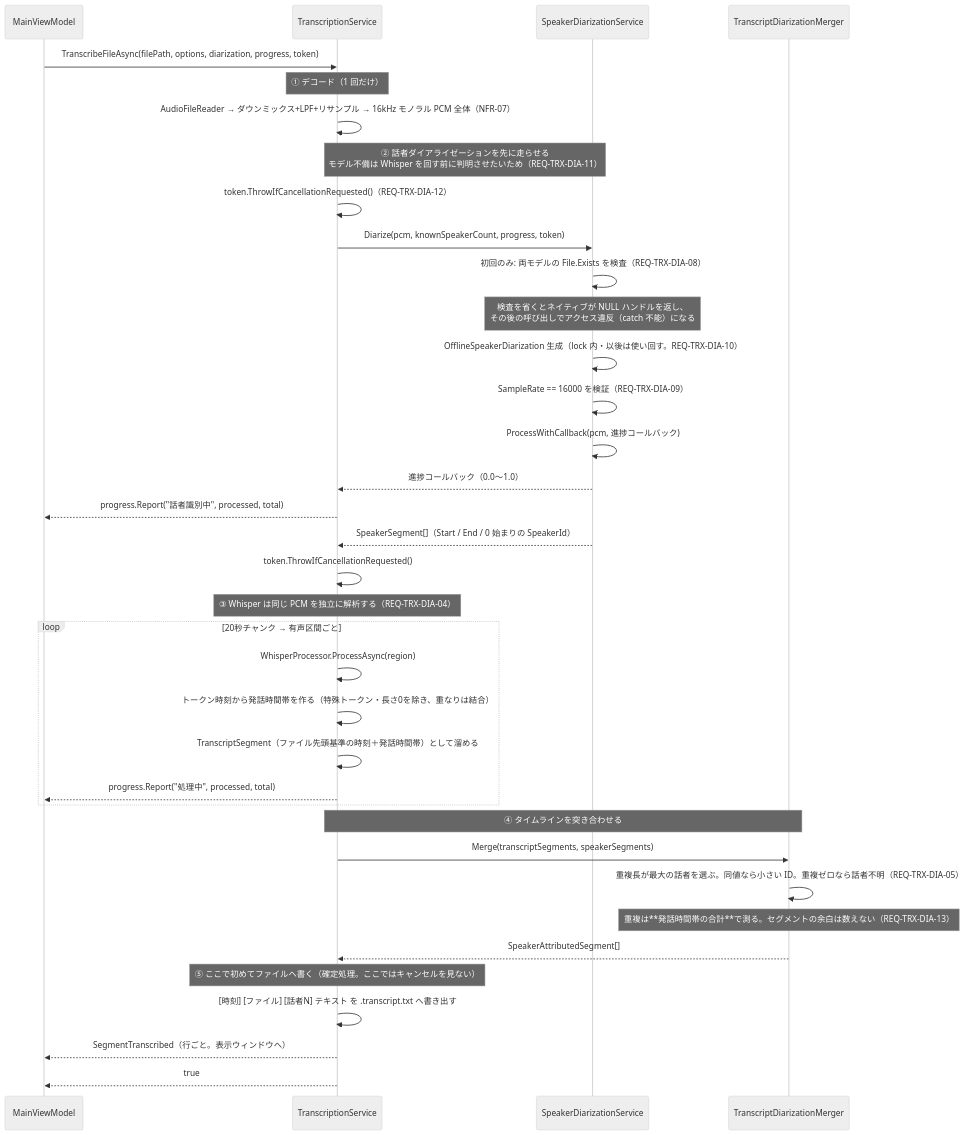
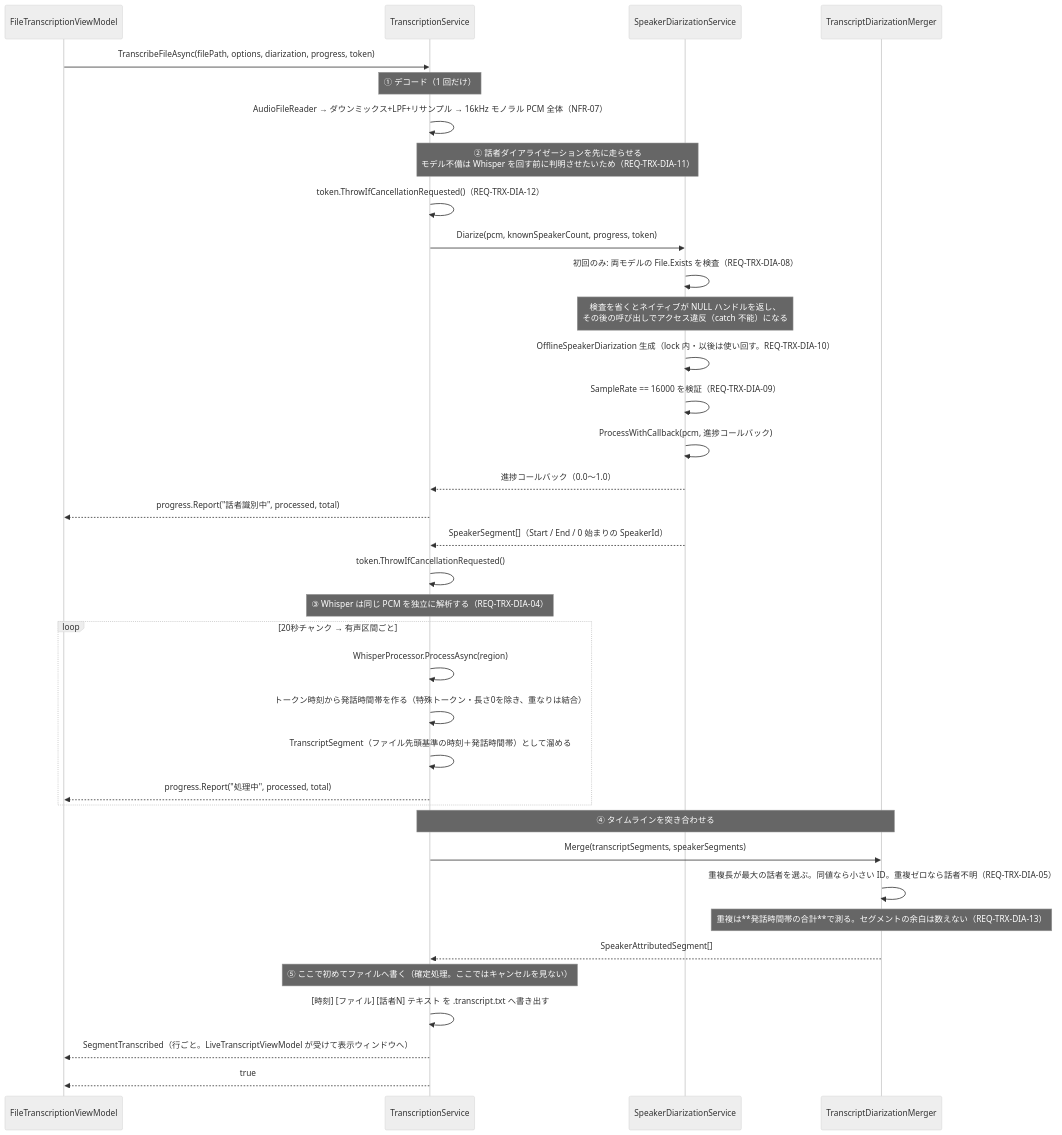
The seventh of 9 diagrams in docs/spec/04_sequence_diagram.md (otomac/audio-capture-app), drawn with Mermaid (neutral theme) before and after one commit. The commit also changed other lines of this file and 36 other files, not shown here.

First line of the commit message:
T170 MainViewModel をウィンドウごとの ViewModel に分ける（ADR-0008）

````diff
--- a/docs/spec/04_sequence_diagram.md
+++ b/docs/spec/04_sequence_diagram.md
@@ -279,44 +287,44 @@
 ```mermaid
 sequenceDiagram
-    participant VM as MainViewModel
+    participant FVM as FileTranscriptionViewModel
     participant TS as TranscriptionService
     participant SD as SpeakerDiarizationService
     participant M as TranscriptDiarizationMerger
 
-    VM->>TS: TranscribeFileAsync(filePath, options, diarization, progress, token)
+    FVM->>TS: TranscribeFileAsync(filePath, options, diarization, progress, token)
 
     Note over TS: ① デコード（1 回だけ）
     TS->>TS: AudioFileReader → ダウンミックス+LPF+リサンプル → 16kHz モノラル PCM 全体（NFR-07）
 
     Note over TS,SD: ② 話者ダイアライゼーションを先に走らせる<br/>モデル不備は Whisper を回す前に判明させたいため（REQ-TRX-DIA-11）
     TS->>TS: token.ThrowIfCancellationRequested()（REQ-TRX-DIA-12）
     TS->>SD: Diarize(pcm, knownSpeakerCount, progress, token)
     SD->>SD: 初回のみ: 両モデルの File.Exists を検査（REQ-TRX-DIA-08）
     Note over SD: 検査を省くとネイティブが NULL ハンドルを返し、<br/>その後の呼び出しでアクセス違反（catch 不能）になる
     SD->>SD: OfflineSpeakerDiarization 生成（lock 内・以後は使い回す。REQ-TRX-DIA-10）
     SD->>SD: SampleRate == 16000 を検証（REQ-TRX-DIA-09）
     SD->>SD: ProcessWithCallback(pcm, 進捗コールバック)
     SD-->>TS: 進捗コールバック（0.0〜1.0）
-    TS-->>VM: progress.Report("話者識別中", processed, total)
+    TS-->>FVM: progress.Report("話者識別中", processed, total)
     SD-->>TS: SpeakerSegment[]（Start / End / 0 始まりの SpeakerId）
     TS->>TS: token.ThrowIfCancellationRequested()
 
     Note over TS: ③ Whisper は同じ PCM を独立に解析する（REQ-TRX-DIA-04）
     loop 20秒チャンク → 有声区間ごと
         TS->>TS: WhisperProcessor.ProcessAsync(region)
         TS->>TS: トークン時刻から発話時間帯を作る（特殊トークン・長さ0を除き、重なりは結合）
         TS->>TS: TranscriptSegment（ファイル先頭基準の時刻＋発話時間帯）として溜める
-        TS-->>VM: progress.Report("処理中", processed, total)
+        TS-->>FVM: progress.Report("処理中", processed, total)
     end
 
     Note over TS,M: ④ タイムラインを突き合わせる
     TS->>M: Merge(transcriptSegments, speakerSegments)
     M->>M: 重複長が最大の話者を選ぶ。同値なら小さい ID。重複ゼロなら話者不明（REQ-TRX-DIA-05）
     Note over M: 重複は**発話時間帯の合計**で測る。セグメントの余白は数えない（REQ-TRX-DIA-13）
     M-->>TS: SpeakerAttributedSegment[]
 
     Note over TS: ⑤ ここで初めてファイルへ書く（確定処理。ここではキャンセルを見ない）
     TS->>TS: [時刻] [ファイル] [話者N] テキスト を .transcript.txt へ書き出す
-    TS-->>VM: SegmentTranscribed（行ごと。表示ウィンドウへ）
-    TS-->>VM: true
+    TS-->>FVM: SegmentTranscribed（行ごと。LiveTranscriptViewModel が受けて表示ウィンドウへ）
+    TS-->>FVM: true
 ```
````
